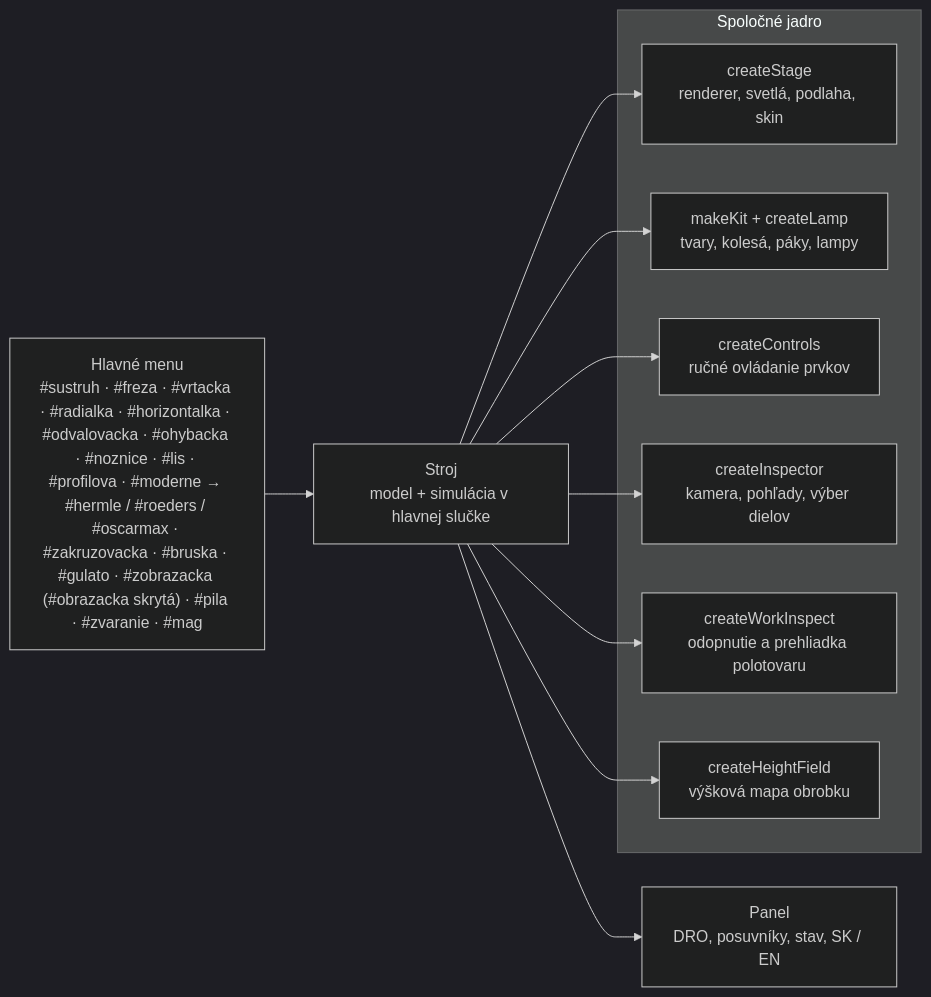
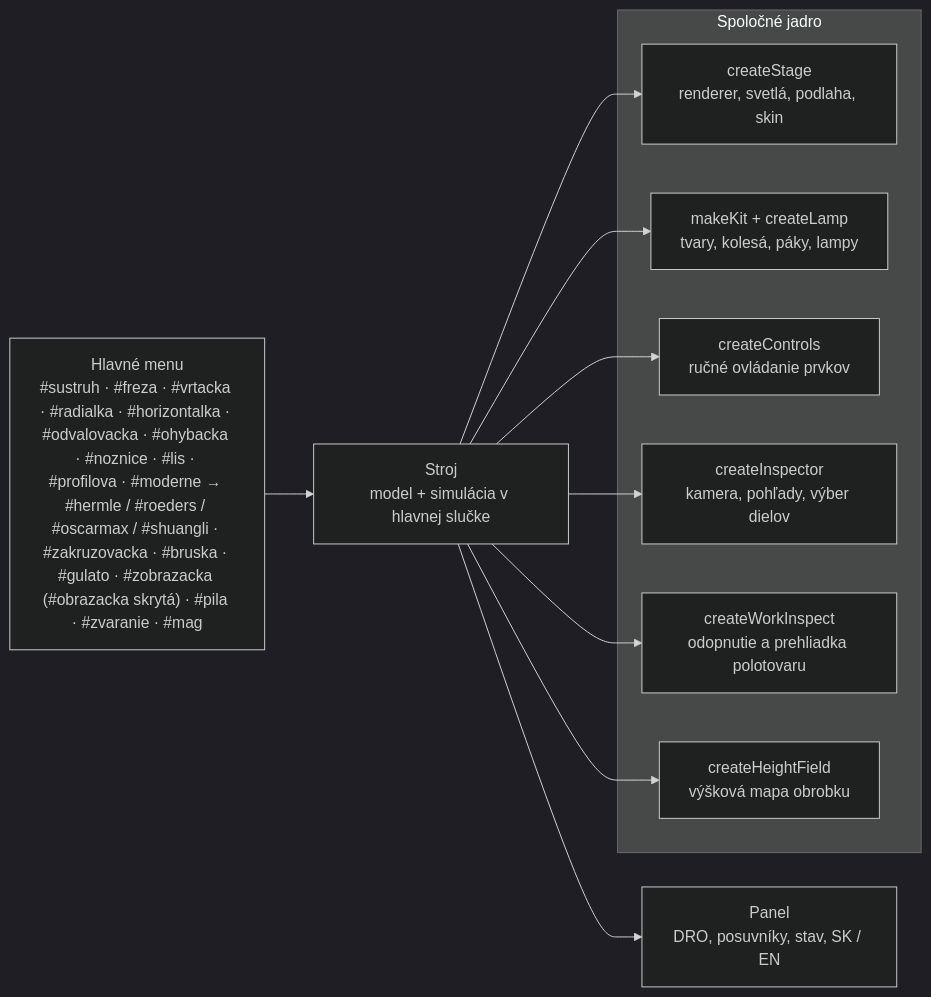
One commit to bucala/Real-machine-tools changed the diagram in README.md. Above: the diagram before and after it, drawn with Mermaid (dark theme). The commit also changed other lines of this file and 69 other files, not shown here.

Commit message:
Refine OSCARMAX EX500 and add Shuangli deep-hole drilling simulator

````diff
--- a/README.md
+++ b/README.md
@@ -353,14 +363,14 @@
 ```mermaid
 flowchart LR
-  menu["Hlavné menu<br/>#sustruh · #freza · #vrtacka · #radialka · #horizontalka · #odvalovacka · #ohybacka · #noznice · #lis · #profilova · #moderne → #hermle / #roeders / #oscarmax · #zakruzovacka · #bruska · #gulato · #zobrazacka (#obrazacka skrytá) · #pila · #zvaranie · #mag"] --> machine
+  menu["Hlavné menu<br/>#sustruh · #freza · #vrtacka · #radialka · #horizontalka · #odvalovacka · #ohybacka · #noznice · #lis · #profilova · #moderne → #hermle / #roeders / #oscarmax / #shuangli · #zakruzovacka · #bruska · #gulato · #zobrazacka (#obrazacka skrytá) · #pila · #zvaranie · #mag"] --> machine
   subgraph core["Spoločné jadro"]
     stage["createStage<br/>renderer, svetlá, podlaha, skin"]
     kit["makeKit + createLamp<br/>tvary, kolesá, páky, lampy"]
     ctrl["createControls<br/>ručné ovládanie prvkov"]
     insp["createInspector<br/>kamera, pohľady, výber dielov"]
     wi["createWorkInspect<br/>odopnutie a prehliadka polotovaru"]
     hf["createHeightField<br/>výšková mapa obrobku"]
   end
   machine["Stroj<br/>model + simulácia v hlavnej slučke"] --> stage & kit & ctrl & insp & wi & hf
   machine --> panel["Panel<br/>DRO, posuvníky, stav, SK / EN"]
 ```
````
